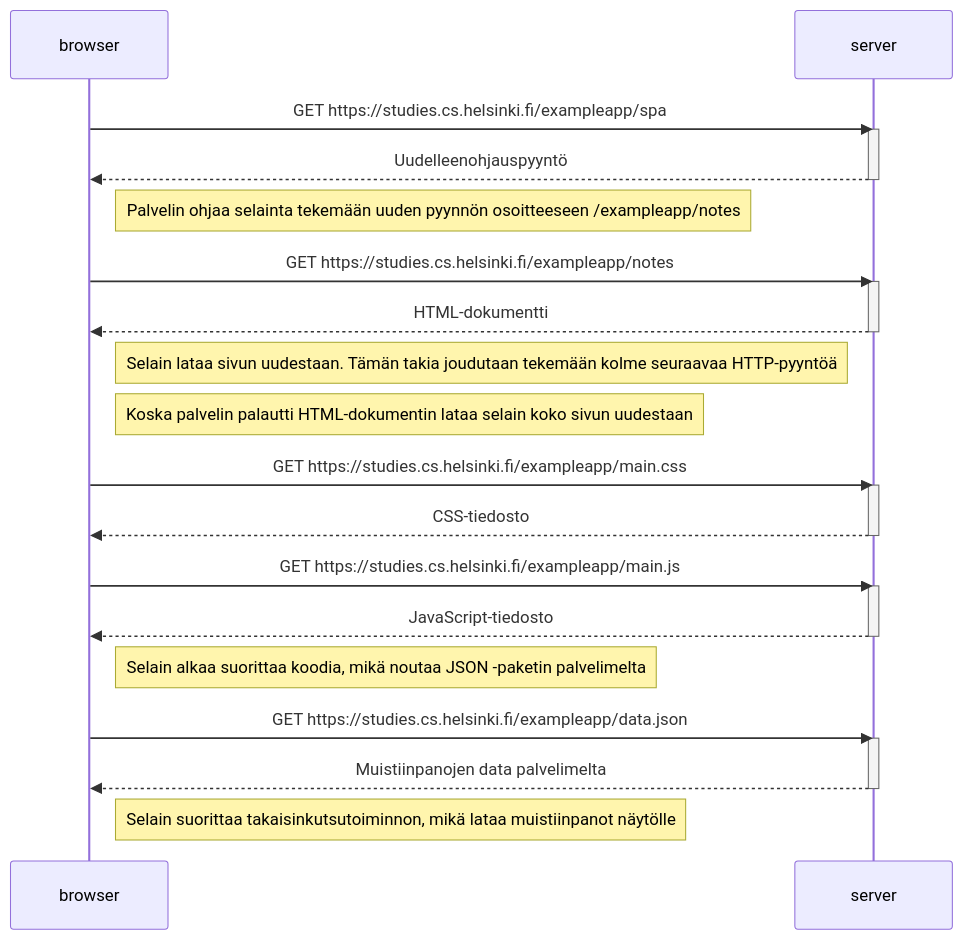
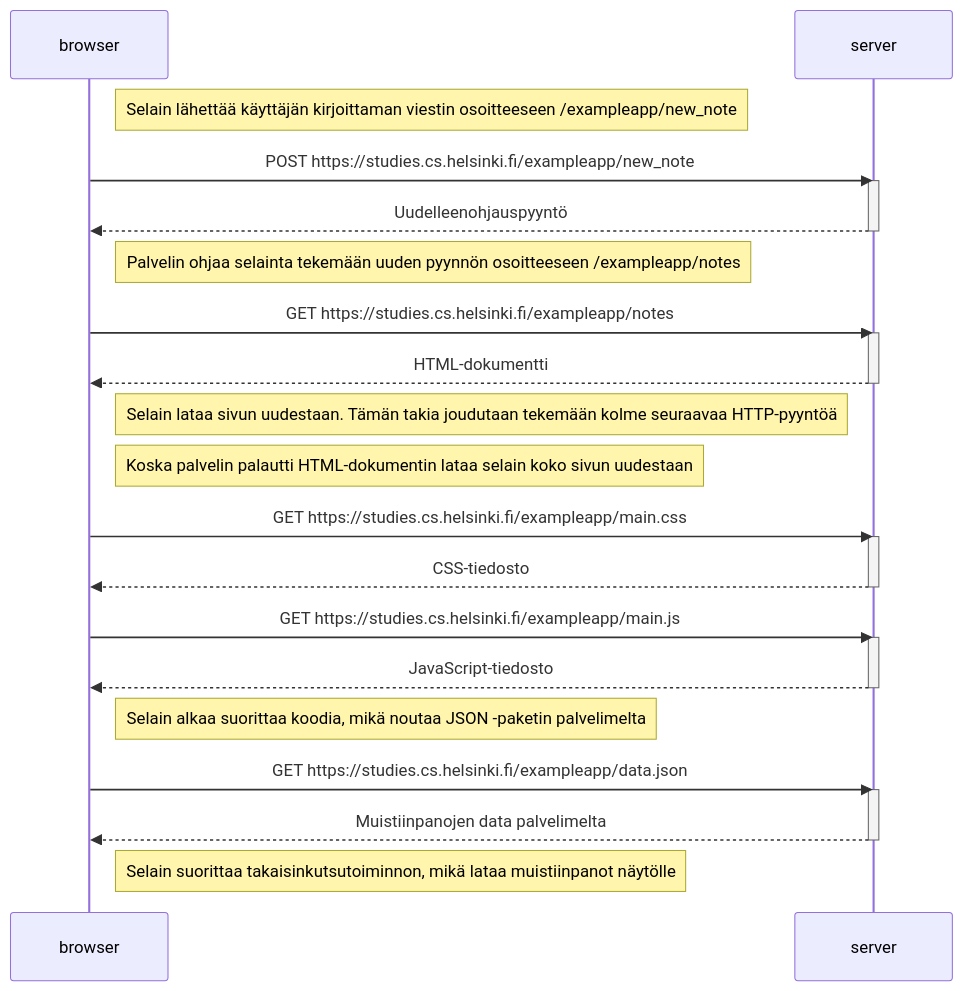
One commit to moronenfrans/palautusrepositorio changed the diagram in osa0/t4.md. Above: the diagram before and after it, drawn with Mermaid.

Commit message:
t.4 muokattu

````diff
--- a/osa0/t4.md
+++ b/osa0/t4.md
@@ -1,43 +1,45 @@
 ```mermaid
 
 sequenceDiagram
     participant browser
     participant server
     
-    browser->>server: GET https://studies.cs.helsinki.fi/exampleapp/spa
+    Note right of browser: Selain lähettää käyttäjän kirjoittaman viestin osoitteeseen /exampleapp/new_note
+
+    browser->>server: POST https://studies.cs.helsinki.fi/exampleapp/new_note
     activate server
     server-->>browser: Uudelleenohjauspyyntö
     deactivate server
 
     Note right of browser: Palvelin ohjaa selainta tekemään uuden pyynnön osoitteeseen /exampleapp/notes
     
     browser->>server: GET https://studies.cs.helsinki.fi/exampleapp/notes
     activate server
     server-->>browser: HTML-dokumentti
     deactivate server
 
     Note right of browser: Selain lataa sivun uudestaan. Tämän takia joudutaan tekemään kolme seuraavaa HTTP-pyyntöä
     Note right of browser: Koska palvelin palautti HTML-dokumentin lataa selain koko sivun uudestaan
     
     browser->>server: GET https://studies.cs.helsinki.fi/exampleapp/main.css
     activate server
     server-->>browser: CSS-tiedosto
     deactivate server
     
     
 
     browser->>server: GET https://studies.cs.helsinki.fi/exampleapp/main.js
     activate server
     server-->>browser: JavaScript-tiedosto
     deactivate server     
 
     Note right of browser: Selain alkaa suorittaa koodia, mikä noutaa JSON -paketin palvelimelta 
 
     browser->>server: GET https://studies.cs.helsinki.fi/exampleapp/data.json
     activate server
     server-->>browser: Muistiinpanojen data palvelimelta
     deactivate server    
 
     Note right of browser: Selain suorittaa takaisinkutsutoiminnon, mikä lataa muistiinpanot näytölle
 
 ```
````
